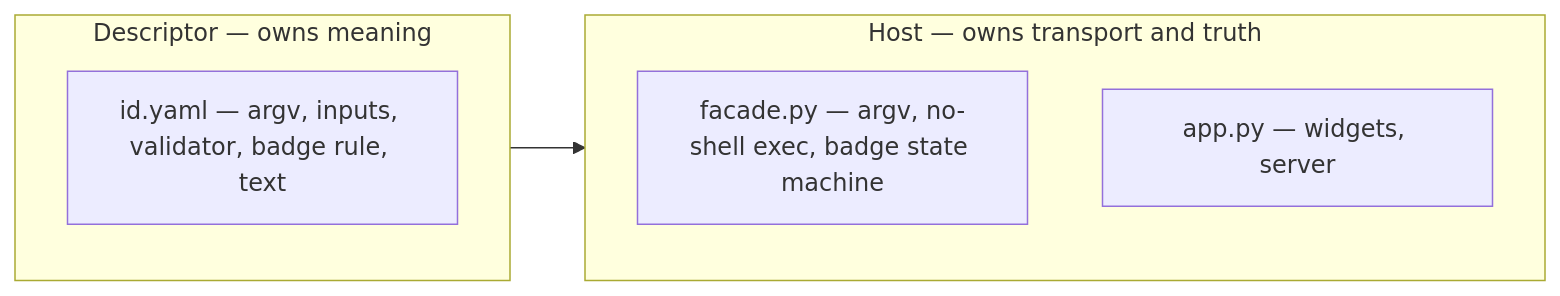
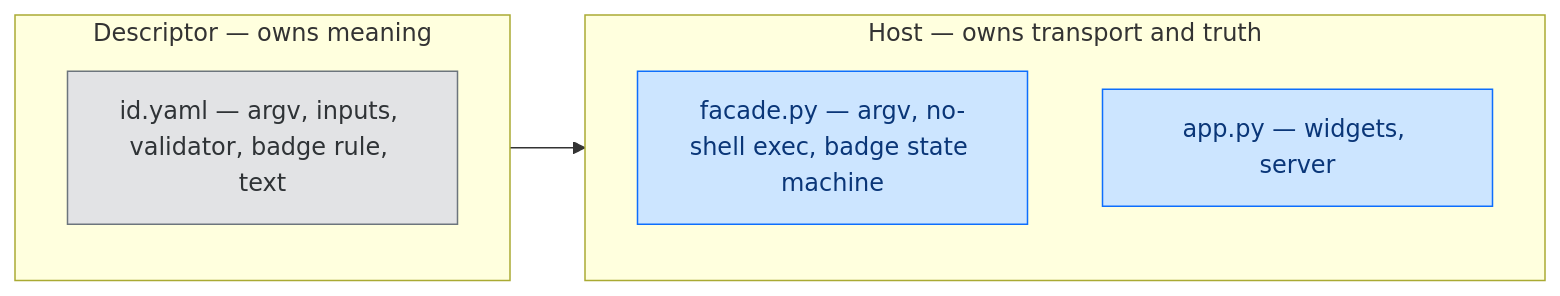
The diagram in docs/explanation/host-descriptor-boundary.md (paul007ex/breachsafe-ux), drawn with Mermaid before and after one commit. The commit also changed 10 other files, not shown here.

First line of the commit message:
docs: add semantic colour to the Mermaid diagrams (#156)

````diff
--- a/docs/explanation/host-descriptor-boundary.md
+++ b/docs/explanation/host-descriptor-boundary.md
@@ -11,11 +11,19 @@
 ```mermaid
 flowchart LR
     subgraph host["Host — owns transport and truth"]
         engine["facade.py — argv, no-shell exec, badge state machine"]
         shell["app.py — widgets, server"]
     end
     subgraph desc["Descriptor — owns meaning"]
         yaml["id.yaml — argv, inputs, validator, badge rule, text"]
     end
     desc --> host
+    classDef valid       fill:#d4edda,stroke:#28a745,color:#155724;
+    classDef invalid     fill:#f8d7da,stroke:#dc3545,color:#721c24;
+    classDef unavailable fill:#fff3cd,stroke:#fd7e14,color:#7a4a00;
+    classDef process     fill:#cce5ff,stroke:#0d6efd,color:#0a3678;
+    classDef artifact    fill:#e2e3e5,stroke:#6c757d,color:#2f3336;
+    classDef external    fill:#e7d6ff,stroke:#6f42c1,color:#3d1a78;
+    class engine,shell process;
+    class yaml artifact;
 ```
````
